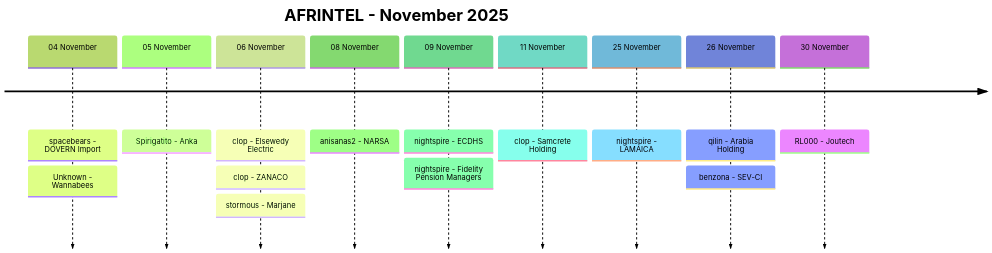
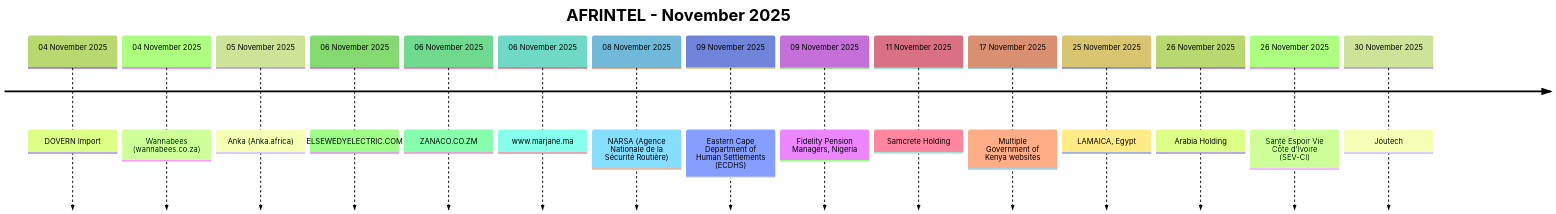
Before and after one commit to Hatchepsoute/AFRINTEL: the second of 2 diagrams in CyberAttackAfrica/2025/11-november/README.md, drawn with Mermaid (forest theme). The commit also changed other lines of this file and 73 other files, not shown here.

````diff
--- a/CyberAttackAfrica/2025/11-november/README.md
+++ b/CyberAttackAfrica/2025/11-november/README.md
@@ -204,18 +160,19 @@
 ```mermaid
 timeline
     title AFRINTEL - November 2025
-    04 November : spacebears - DOVERN Import
-                : Unknown - Wannabees
-    05 November : Spirigatito - Anka
-    06 November : clop - Elsewedy Electric
-                : clop - ZANACO
-                : stormous - Marjane
-    08 November : anisanas2 - NARSA
-    09 November : nightspire - ECDHS
-                : nightspire - Fidelity Pension Managers
-    11 November : clop - Samcrete Holding
-    25 November : nightspire - LAMAICA
-    26 November : qilin - Arabia Holding
-                : benzona - SEV-CI
-    30 November : RL000 - Joutech
+    04 November 2025 : DOVERN Import
+    04 November 2025 : Wannabees (wannabees.co.za)
+    05 November 2025 : Anka (Anka.africa)
+    06 November 2025 : ELSEWEDYELECTRIC.COM
+    06 November 2025 : ZANACO.CO.ZM
+    06 November 2025 : www.marjane.ma
+    08 November 2025 : NARSA (Agence Nationale de la Sécurité Routière)
+    09 November 2025 : Eastern Cape Department of Human Settlements (ECDHS)
+    09 November 2025 : Fidelity Pension Managers, Nigeria
+    11 November 2025 : Samcrete Holding
+    17 November 2025 : Multiple Government of Kenya websites
+    25 November 2025 : LAMAICA, Egypt
+    26 November 2025 : Arabia Holding
+    26 November 2025 : Santé Espoir Vie Côte d'Ivoire (SEV-CI)
+    30 November 2025 : Joutech
 ```
````
